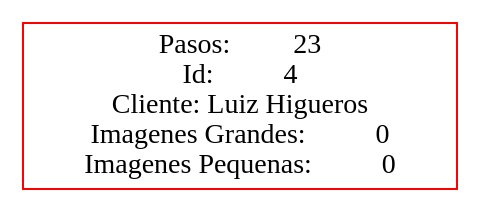
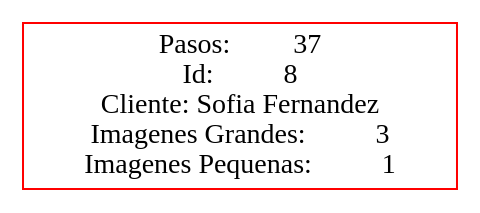
One commit to FranklinONP/EDD_PROYECTO_202200089 changed the diagram in Proyecto1/Proyecto1_202200089/Pruebas/PJ/masPasos.dot. Above: the diagram before and after it, drawn with Graphviz. The commit also changed 18 other files, not shown here.

```diff
--- a/Proyecto1/Proyecto1_202200089/Pruebas/PJ/masPasos.dot
+++ b/Proyecto1/Proyecto1_202200089/Pruebas/PJ/masPasos.dot
@@ -1,4 +1,4 @@
  digraph G {
  rankdir=LR;
- node1 [label="Pasos:         23\nId:          4\nCliente: Luiz Higueros\nImagenes Grandes:          0\nImagenes Pequenas:          0", color="red", shape="rectangle"];
+ node1 [label="Pasos:         37\nId:          8\nCliente: Sofia Fernandez\nImagenes Grandes:          3\nImagenes Pequenas:          1", color="red", shape="rectangle"];
  }
```
